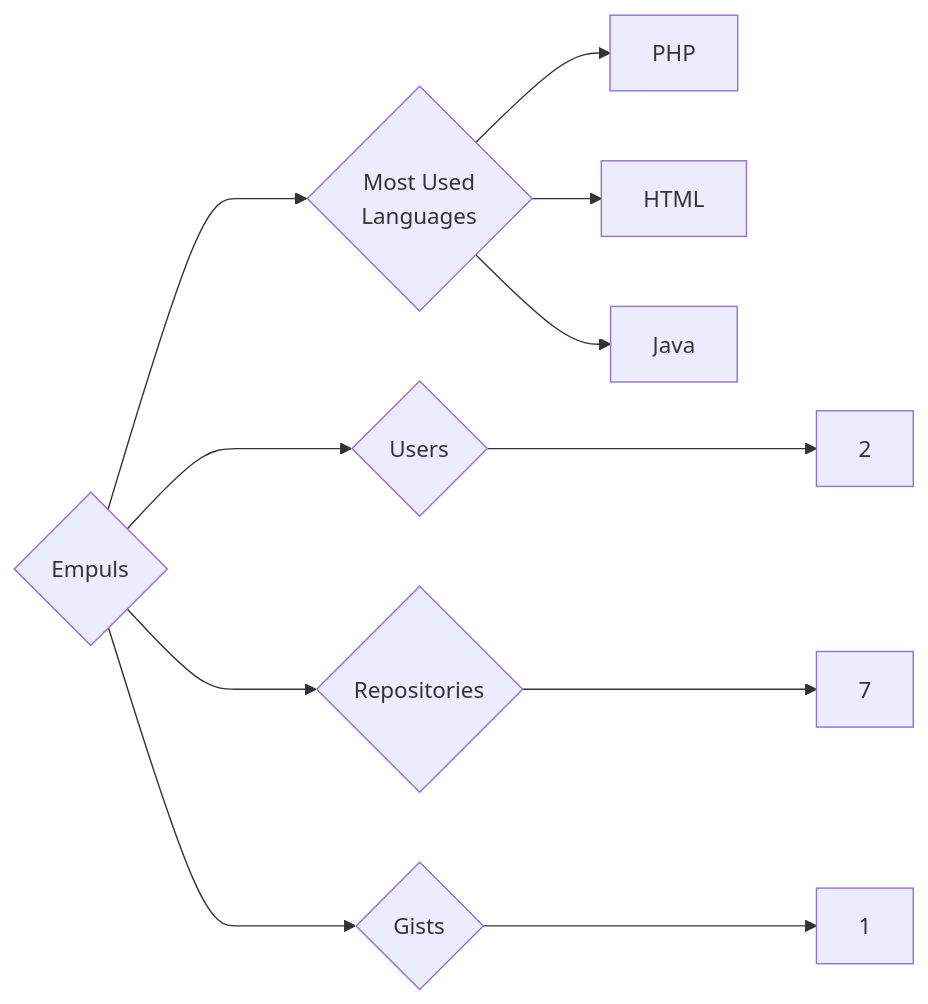
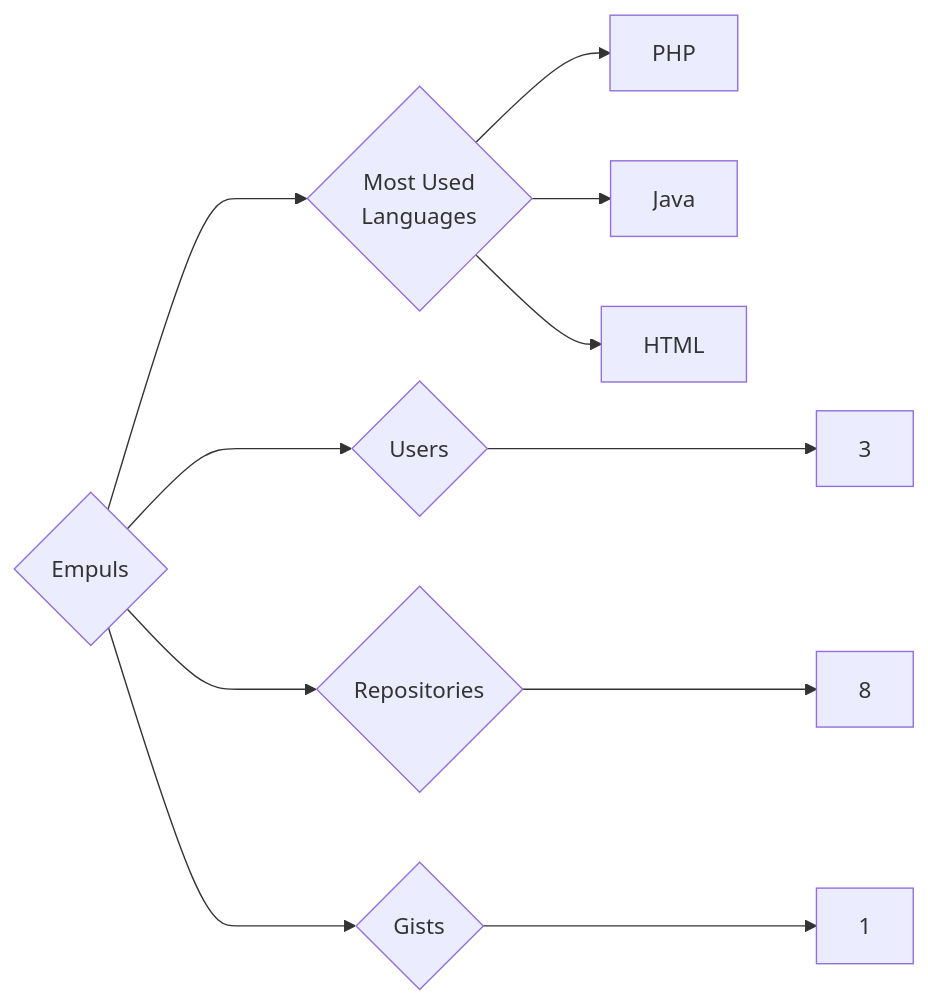
Before and after one commit to trickest/insiders: the diagram in targets/Empuls/README.md, drawn with Mermaid. The commit also changed 1088 other files, not shown here.

````diff
--- a/targets/Empuls/README.md
+++ b/targets/Empuls/README.md
@@ -3,11 +3,11 @@
 ```mermaid
 graph LR
 COMPANY_NAME{Empuls}
-COMPANY_NAME ---> U{Users} ---> UN[2]
-COMPANY_NAME ---> R{Repositories} ---> RN[7]
+COMPANY_NAME ---> U{Users} ---> UN[3]
+COMPANY_NAME ---> R{Repositories} ---> RN[8]
 COMPANY_NAME ---> G{Gists} ---> GN[1]
 COMPANY_NAME ---> ML{Most Used<br>Languages}
 ML --> PHP[PHP]
+ML --> Java[Java]
 ML --> HTML[HTML]
-ML --> Java[Java]
 ```
````
